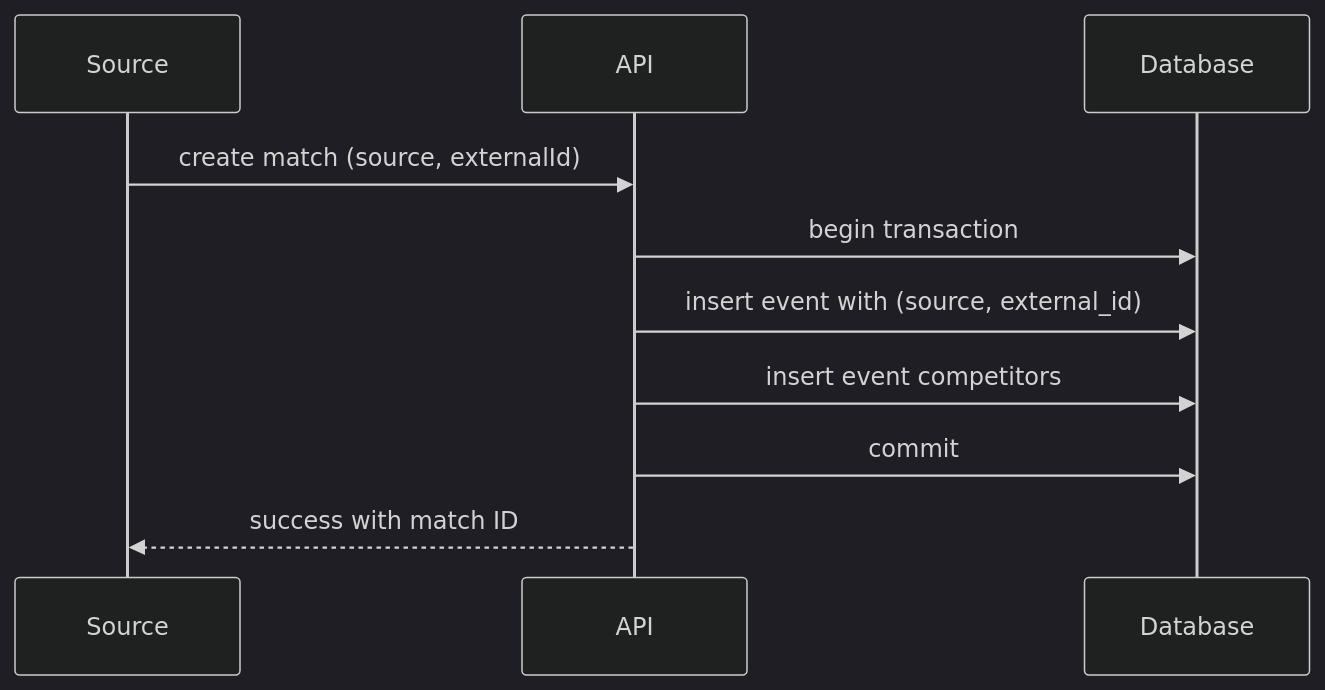
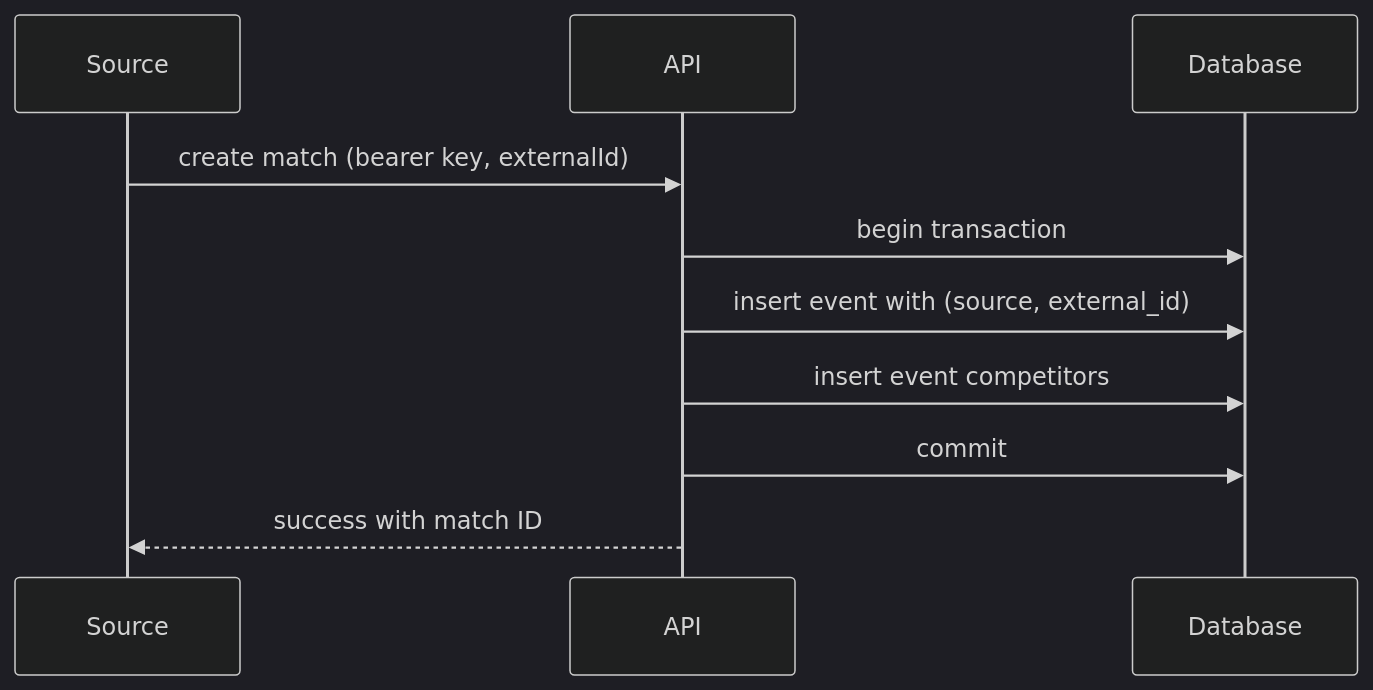
The fourth of 6 diagrams in docs/system-design.md (DPostnik/sports-event-platform), drawn with Mermaid (dark theme) before and after one commit. The commit also changed other lines of this file and 7 other files, not shown here.

````diff
--- a/docs/system-design.md
+++ b/docs/system-design.md
@@ -109,12 +109,12 @@
 ```mermaid
 sequenceDiagram
     participant S as Source
     participant A as API
     participant D as Database
-    S->>A: create match (source, externalId)
+    S->>A: create match (bearer key, externalId)
     A->>D: begin transaction
     A->>D: insert event with (source, external_id)
     A->>D: insert event competitors
     A->>D: commit
     A-->>S: success with match ID
 ```
````
